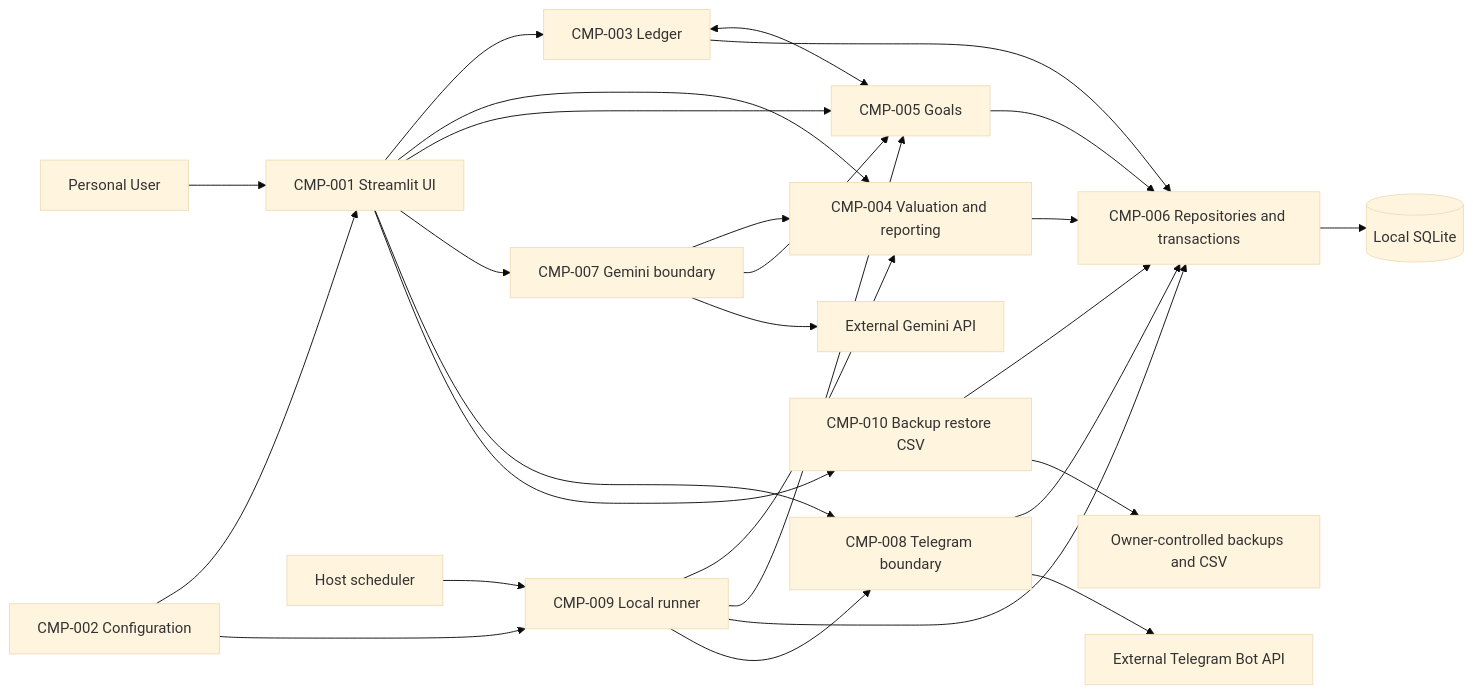
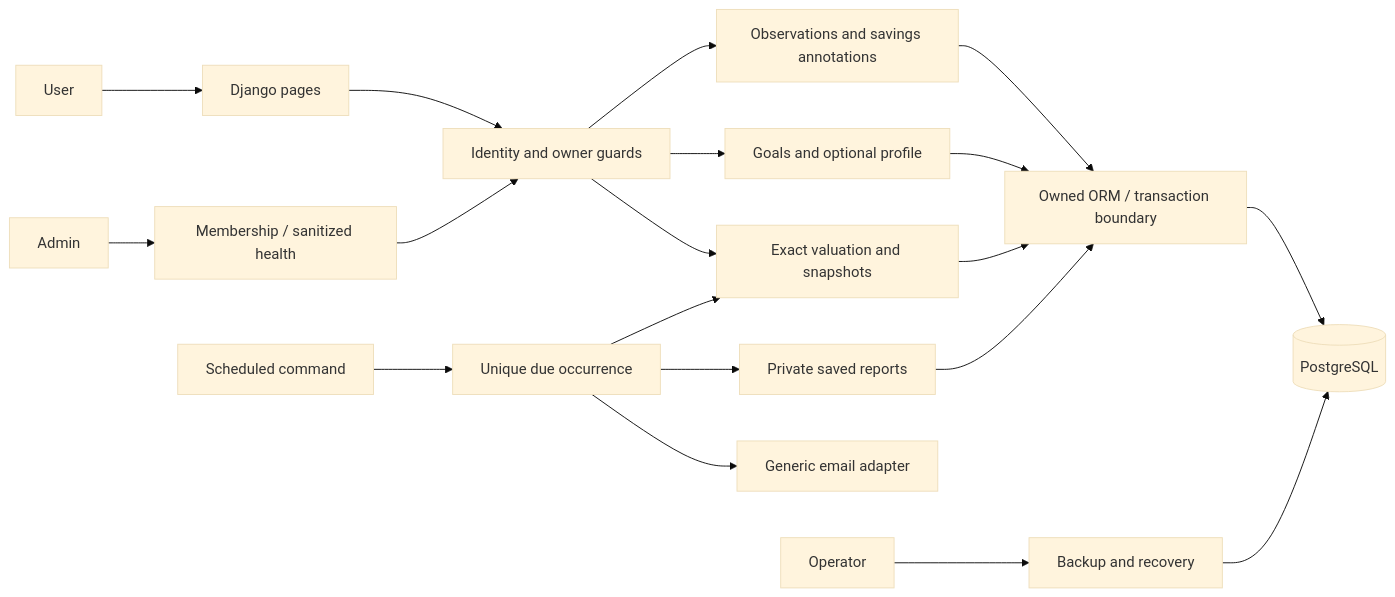
Before and after one commit to bufubro-1/finance-tracker: the first of 2 diagrams in docs/design/ARCHITECTURE.md, drawn with Mermaid (base theme). The commit also changed other lines of this file and 17 other files, not shown here.

````diff
--- a/docs/design/ARCHITECTURE.md
+++ b/docs/design/ARCHITECTURE.md
@@ -28,29 +48,21 @@
 ```mermaid
 flowchart LR
-    User["Personal User"] --> UI["CMP-001 Streamlit UI"]
-    Config["CMP-002 Configuration"] --> UI
-    UI --> Ledger["CMP-003 Ledger"]
-    UI --> Reports["CMP-004 Valuation and reporting"]
-    UI --> Goals["CMP-005 Goals"]
-    UI --> AI["CMP-007 Gemini boundary"]
-    UI --> TG["CMP-008 Telegram boundary"]
-    UI --> Portability["CMP-010 Backup restore CSV"]
-    Ledger <--> Goals
-    Ledger --> Store["CMP-006 Repositories and transactions"]
+    User --> UI["Django pages"]
+    UI --> Auth["Identity and owner guards"]
+    Auth --> Updates["Observations and savings annotations"]
+    Auth --> Goals["Goals and optional profile"]
+    Auth --> Values["Exact valuation and snapshots"]
+    Updates --> Store["Owned ORM / transaction boundary"]
+    Goals --> Store
+    Values --> Store
+    Store --> DB[("PostgreSQL")]
+    Tick["Scheduled command"] --> Occurrence["Unique due occurrence"]
+    Occurrence --> Values
+    Occurrence --> Reports["Private saved reports"]
     Reports --> Store
-    Goals --> Store
-    Portability --> Store
-    AI --> Reports
-    AI --> Goals
-    AI --> Gemini["External Gemini API"]
-    Scheduler["Host scheduler"] --> Runner["CMP-009 Local runner"]
-    Config --> Runner
-    Runner --> Reports
-    Runner --> Goals
-    Runner --> Store
-    Runner --> TG
-    TG --> Store
-    TG --> Telegram["External Telegram Bot API"]
-    Store --> DB[("Local SQLite")]
-    Portability --> Files["Owner-controlled backups and CSV"]
+    Occurrence --> Mail["Generic email adapter"]
+    Admin --> Health["Membership / sanitized health"]
+    Health --> Auth
+    Operator --> Recovery["Backup and recovery"]
+    Recovery --> DB
 ```
````
